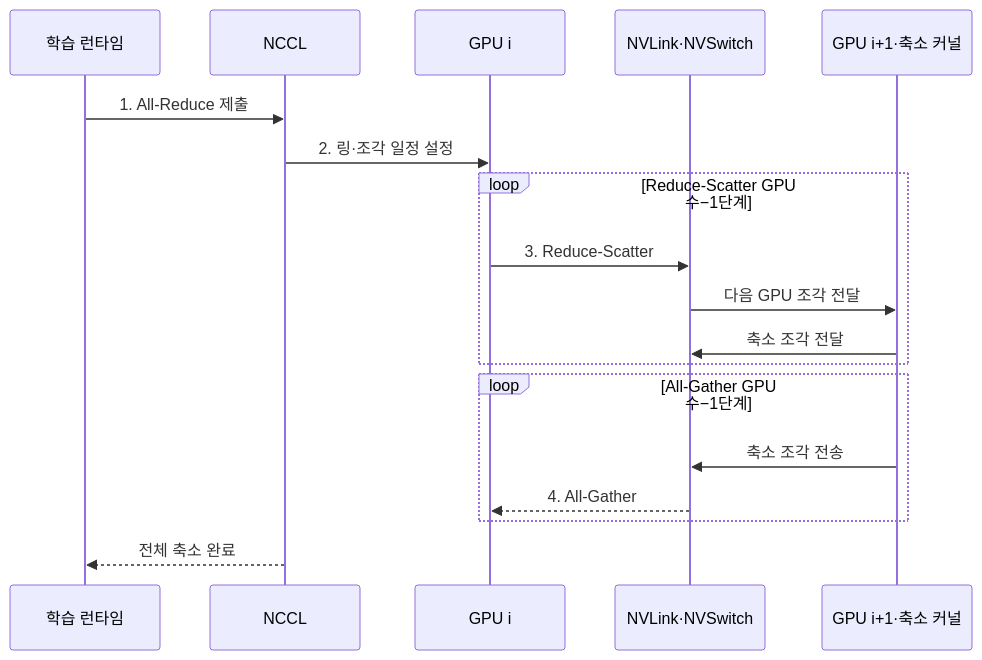
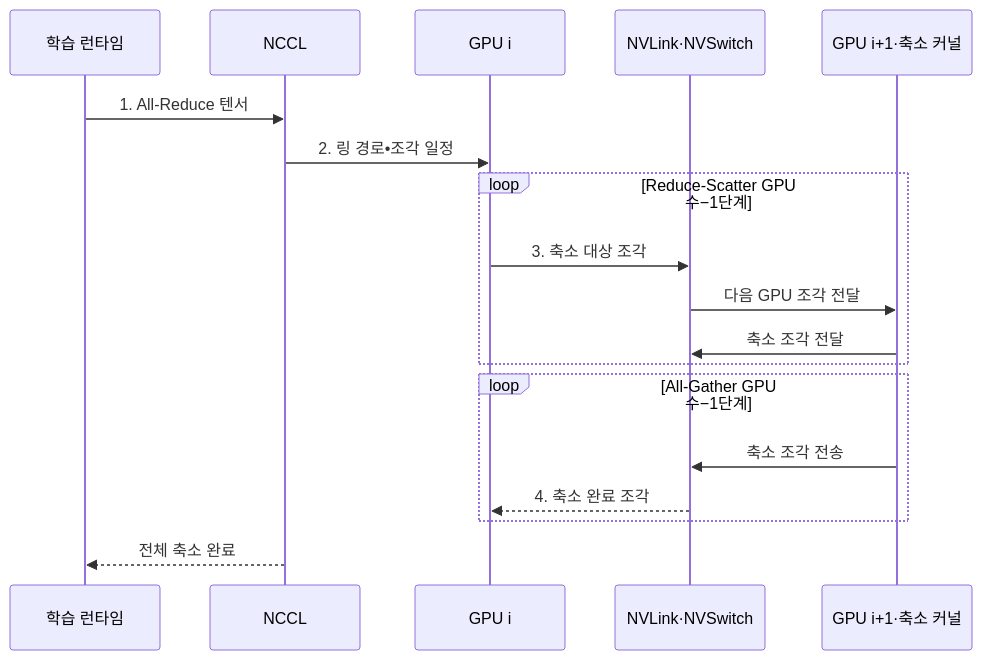
Before and after one commit to agnusdei1207/knowledge-base: the second of 2 diagrams in src/content/docs/notes/02-hardware/047_nvlink.md, drawn with Mermaid. The commit also changed other lines of this file and 20 other files, not shown here.

````diff
--- a/src/content/docs/notes/02-hardware/047_nvlink.md
+++ b/src/content/docs/notes/02-hardware/047_nvlink.md
@@ -84,21 +86,21 @@
 ```mermaid
 sequenceDiagram
     participant A as 학습 런타임
     participant N as NCCL
     participant G1 as GPU i
     participant S as NVLink·NVSwitch
     participant G2 as GPU i+1·축소 커널
 
-    A->>N: 1. All-Reduce 제출
-    N->>G1: 2. 링·조각 일정 설정
+    A->>N: 1. All-Reduce 텐서
+    N->>G1: 2. 링 경로•조각 일정
     loop Reduce-Scatter GPU 수−1단계
-        G1->>S: 3. Reduce-Scatter
+        G1->>S: 3. 축소 대상 조각
         S->>G2: 다음 GPU 조각 전달
         G2->>S: 축소 조각 전달
     end
     loop All-Gather GPU 수−1단계
         G2->>S: 축소 조각 전송
-        S-->>G1: 4. All-Gather
+        S-->>G1: 4. 축소 완료 조각
     end
     N-->>A: 전체 축소 완료
 ```
````
